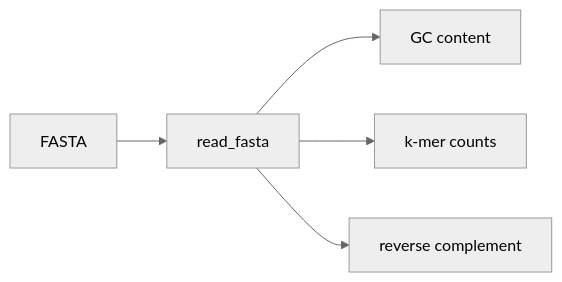
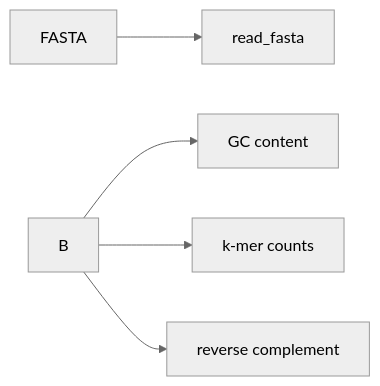
One commit to docxology/MetaInformAnt changed the diagram in docs/dna/sequences.md. Above: the diagram before and after it, drawn with Mermaid (neutral theme). The commit also changed 611 other files, not shown here.

````diff
--- a/docs/dna/sequences.md
+++ b/docs/dna/sequences.md
@@ -5,7 +5,7 @@
 ```mermaid
 flowchart LR
-  A[FASTA] --> B[read_fasta]
-  B --> C[GC content]
-  B --> D[k-mer counts]
-  B --> E[reverse complement]
+  A[FASTA] --> BreadFasta[read_fasta]
+  B --> CgcContent[GC content]
+  B --> Dk-merCounts[k-mer counts]
+  B --> EreverseComplement[reverse complement]
 ```
````
